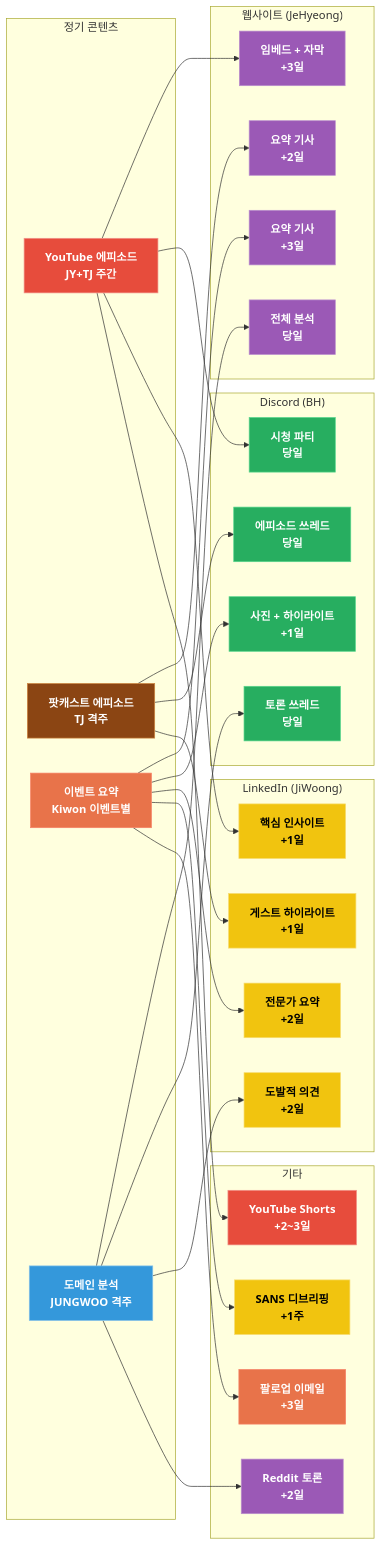
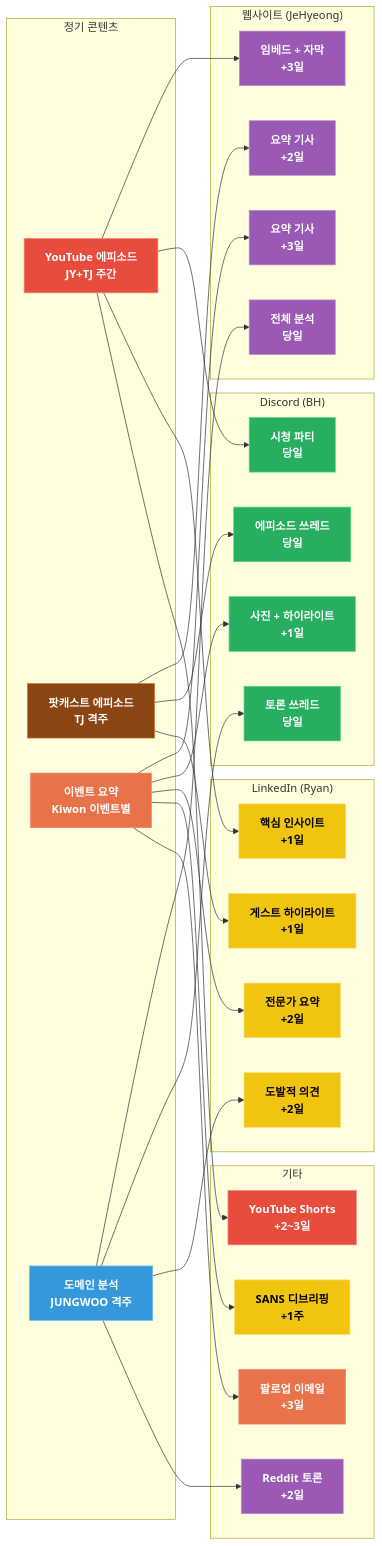
Before and after one commit to JeHyeong2/hypeprooflab: the diagram in products/hypeproof-workflow-diagrams/d6b-color.mmd, drawn with Mermaid. The commit also changed 35 other files, not shown here.

First line of the commit message:
fix: merge JiWoong→Ryan, add Academy pipeline, 8 members

```diff
--- a/products/hypeproof-workflow-diagrams/d6b-color.mmd
+++ b/products/hypeproof-workflow-diagrams/d6b-color.mmd
@@ -1,74 +1,73 @@
 flowchart LR
     subgraph SRC["정기 콘텐츠"]
         C3["YouTube 에피소드<br/>JY+TJ 주간"]
         C4["팟캐스트 에피소드<br/>TJ 격주"]
         C5["이벤트 요약<br/>Kiwon 이벤트별"]
         C6["도메인 분석<br/>JUNGWOO 격주"]
     end
 
     subgraph WEB["웹사이트 (JeHyeong)"]
         W3["임베드 + 자막<br/>+3일"]
         W4["요약 기사<br/>+2일"]
         W5["요약 기사<br/>+3일"]
         W6["전체 분석<br/>당일"]
     end
 
     subgraph DISC["Discord (BH)"]
         D3["시청 파티<br/>당일"]
         D4["에피소드 쓰레드<br/>당일"]
         D5["사진 + 하이라이트<br/>+1일"]
         D6["토론 쓰레드<br/>당일"]
     end
 
-    subgraph LI["LinkedIn (JiWoong)"]
+    subgraph LI["LinkedIn (Ryan)"]
         L3["핵심 인사이트<br/>+1일"]
         L4["게스트 하이라이트<br/>+1일"]
         L5["전문가 요약<br/>+2일"]
         L6["도발적 의견<br/>+2일"]
     end
 
     subgraph OTHER["기타"]
         O3["YouTube Shorts<br/>+2~3일"]
         O5a["SANS 디브리핑<br/>+1주"]
         O5b["팔로업 이메일<br/>+3일"]
         R6["Reddit 토론<br/>+2일"]
     end
 
     C3 --> W3
     C3 --> D3
     C3 --> L3
     C3 --> O3
 
     C4 --> W4
     C4 --> D4
     C4 --> L4
 
     C5 --> W5
     C5 --> D5
     C5 --> L5
     C5 --> O5a
     C5 --> O5b
 
     C6 --> W6
     C6 --> D6
     C6 --> L6
     C6 --> R6
 
     classDef jay fill:#1f6feb,stroke:#388bfd,color:#fff,font-weight:bold
     classDef kiwon fill:#e8734a,stroke:#f78166,color:#fff,font-weight:bold
-    classDef jiwoong fill:#f1c40f,stroke:#f7dc6f,color:#000,font-weight:bold
+    classDef ryan fill:#f1c40f,stroke:#f7dc6f,color:#000,font-weight:bold
     classDef jy fill:#e74c3c,stroke:#f1948a,color:#fff,font-weight:bold
     classDef tj fill:#8b4513,stroke:#cd853f,color:#fff,font-weight:bold
     classDef jehyeong fill:#9b59b6,stroke:#bb8fce,color:#fff,font-weight:bold
     classDef bh fill:#27ae60,stroke:#58d68d,color:#fff,font-weight:bold
     classDef jungwoo fill:#3498db,stroke:#85c1e9,color:#fff,font-weight:bold
-    classDef ryan fill:#95a5a6,stroke:#bdc3c7,color:#000,font-weight:bold
     classDef mother fill:#0d1117,stroke:#58a6ff,color:#58a6ff,font-weight:bold,stroke-width:2px
 
     class C3,O3 jy
     class C4 tj
     class C5,O5b kiwon
     class C6 jungwoo
     class W3,W4,W5,W6,R6 jehyeong
     class D3,D4,D5,D6 bh
-    class L3,L4,L5,L6,O5a jiwoong
+    class L3,L4,L5,L6,O5a ryan
```
